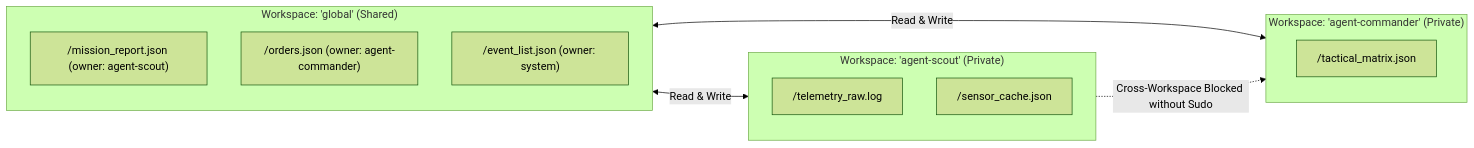
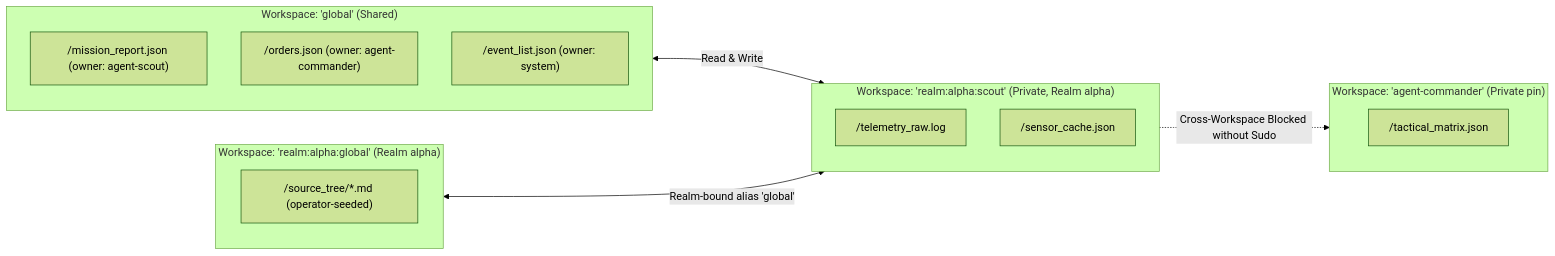
The second of 4 diagrams in docs/ui/virtualfs_explorer.md (crestfallnafterdark/nightcurtain), drawn with Mermaid (forest theme) before and after one commit. The commit also changed other lines of this file and 3 other files, not shown here.

````diff
--- a/docs/ui/virtualfs_explorer.md
+++ b/docs/ui/virtualfs_explorer.md
@@ -59,21 +70,25 @@
 ```mermaid
 graph LR
     subgraph GlobalWS ["Workspace: 'global' (Shared)"]
         G1["/mission_report.json (owner: agent-scout)"]
         G2["/orders.json (owner: agent-commander)"]
         G3["/event_list.json (owner: system)"]
     end
 
-    subgraph ScoutWS ["Workspace: 'agent-scout' (Private)"]
+    subgraph RealmGlobalWS ["Workspace: 'realm:alpha:global' (Realm alpha)"]
+        R1["/source_tree/*.md (operator-seeded)"]
+    end
+
+    subgraph ScoutWS ["Workspace: 'realm:alpha:scout' (Private, Realm alpha)"]
         S1["/telemetry_raw.log"]
         S2["/sensor_cache.json"]
     end
 
-    subgraph CommanderWS ["Workspace: 'agent-commander' (Private)"]
+    subgraph CommanderWS ["Workspace: 'agent-commander' (Private pin)"]
         C1["/tactical_matrix.json"]
     end
 
     GlobalWS <-->|Read & Write| ScoutWS
-    GlobalWS <-->|Read & Write| CommanderWS
+    RealmGlobalWS <-->|Realm-bound alias 'global'| ScoutWS
     ScoutWS -.->|Cross-Workspace Blocked without Sudo| CommanderWS
 ```
````
